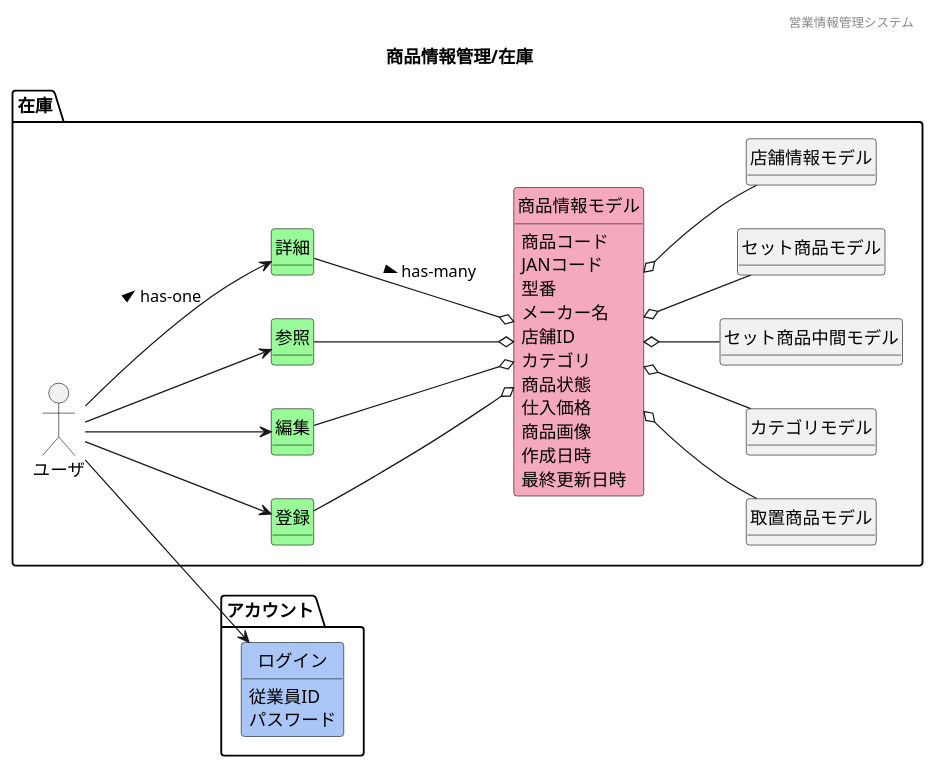
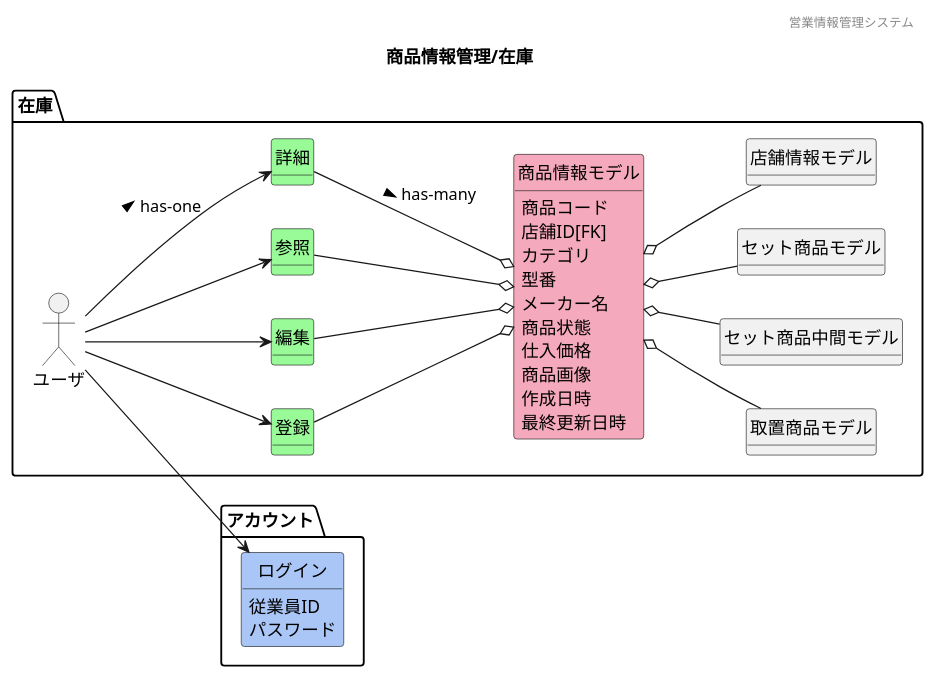
Before and after one commit to HaruShim/Sotuken: the diagram in 各種設計書/1ドメインモデル図/商品情報管理/F07在庫.plantuml, drawn with PlantUML. The commit also changed 2 other files, not shown here.

```diff
--- a/各種設計書/1ドメインモデル図/商品情報管理/F07在庫.plantuml
+++ b/各種設計書/1ドメインモデル図/商品情報管理/F07在庫.plantuml
@@ -1,73 +1,70 @@
 @startuml ../images/商品情報管理/在庫
 ' ヘッダー
 header 営業情報管理システム
 ' タイトル
 title 商品情報管理/在庫
 ' 
 hide circle
 ' 
 hide method
 left to right direction
 
 package "アカウント"{
     class "ログイン" #A9C6F6
 
 }
 
 package "在庫" {
     'ユーザや外部システム
     mix_actor "ユーザ"
     class "登録" #98fb98
     class "編集" #98fb98
     class "参照" #98fb98
     class "詳細" #98fb98
     class "商品情報モデル" #F5A9BC
     class "取置商品モデル"
-    class "カテゴリモデル"
     class "セット商品中間モデル"
     class "セット商品モデル"
     class "店舗情報モデル"    
 }
     ' package "マスタ管理"{
     '     ' package "店舗マスタ"{}
     '     ' package "ベンチマークマスタ"{}
     ' }
     ' class "" #F5A9BC
     ' class "" #ffd700
 
     'モデル同士の関係
     ユーザ --> 参照
     ユーザ --> 登録
     ユーザ --> 編集
     ユーザ --> 詳細 : > has-one
     ユーザ --> ログイン
     登録 --o 商品情報モデル
     参照 --o 商品情報モデル
     編集 --o 商品情報モデル
     詳細 --o 商品情報モデル : > has-many
-    商品情報モデル o-- カテゴリモデル
     商品情報モデル o-- 取置商品モデル
     商品情報モデル o-- セット商品中間モデル
     商品情報モデル o-- セット商品モデル
     商品情報モデル o-- 店舗情報モデル
     ' 商品情報モデル o-- マスタ管理
     
     'ドメインクラスの属性
     商品情報モデル : 商品コード
-    商品情報モデル : JANコード
+    商品情報モデル : 店舗ID[FK]
+    商品情報モデル : カテゴリ
     商品情報モデル : 型番
     商品情報モデル : メーカー名
-    商品情報モデル : 店舗ID
-    商品情報モデル : カテゴリ
     商品情報モデル : 商品状態
     商品情報モデル : 仕入価格
     商品情報モデル : 商品画像
     商品情報モデル : 作成日時
     商品情報モデル : 最終更新日時
     ログイン : 従業員ID
     ログイン : パスワード
 
 
 
 
 @enduml
```
